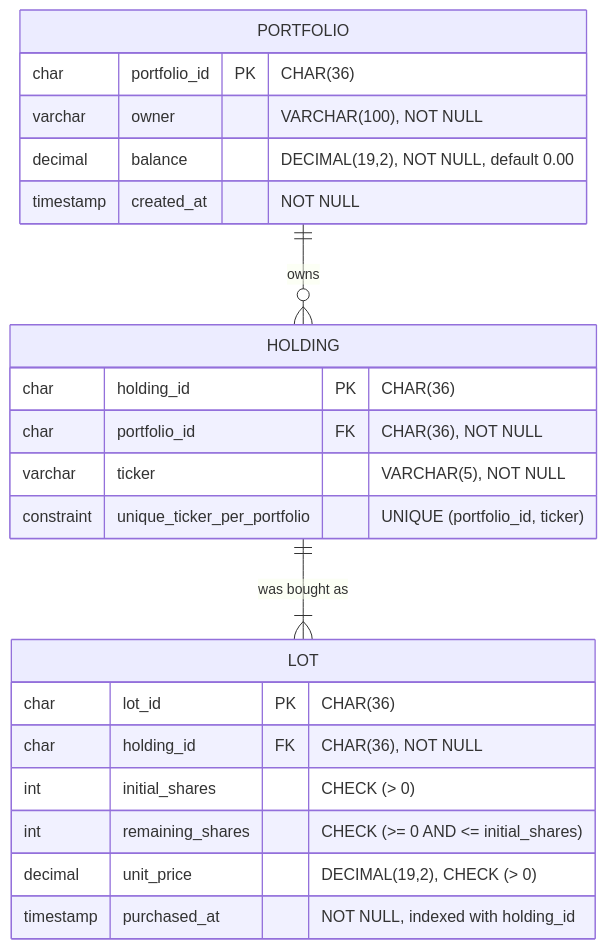
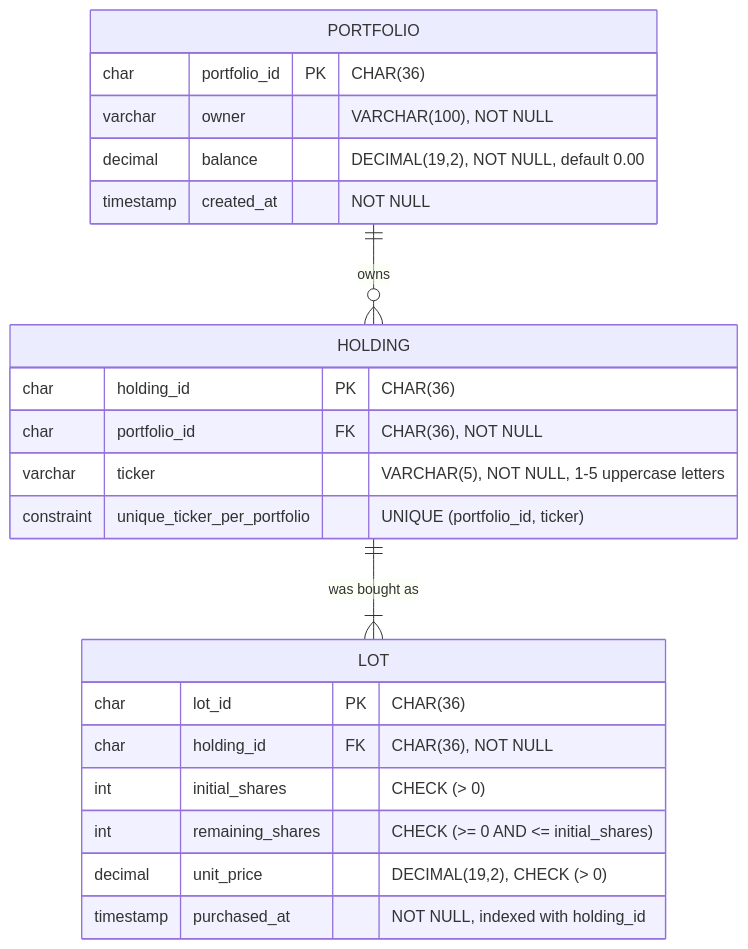
Before and after one commit to alfredorueda/HexaStock: the second of 2 diagrams in sell-stocks-domain-kata/docs/spec/domain-diagrams.md, drawn with Mermaid. The commit also changed other lines of this file and 7 other files, not shown here.

````diff
--- a/sell-stocks-domain-kata/docs/spec/domain-diagrams.md
+++ b/sell-stocks-domain-kata/docs/spec/domain-diagrams.md
@@ -136,28 +137,28 @@
 ```mermaid
 erDiagram
     PORTFOLIO ||--o{ HOLDING : "owns"
     HOLDING   ||--|{ LOT     : "was bought as"
 
     PORTFOLIO {
         char portfolio_id PK "CHAR(36)"
         varchar owner "VARCHAR(100), NOT NULL"
         decimal balance "DECIMAL(19,2), NOT NULL, default 0.00"
         timestamp created_at "NOT NULL"
     }
 
     HOLDING {
         char holding_id PK "CHAR(36)"
         char portfolio_id FK "CHAR(36), NOT NULL"
-        varchar ticker "VARCHAR(5), NOT NULL"
+        varchar ticker "VARCHAR(5), NOT NULL, 1-5 uppercase letters"
         constraint unique_ticker_per_portfolio "UNIQUE (portfolio_id, ticker)"
     }
 
     LOT {
         char lot_id PK "CHAR(36)"
         char holding_id FK "CHAR(36), NOT NULL"
         int initial_shares "CHECK (> 0)"
         int remaining_shares "CHECK (>= 0 AND <= initial_shares)"
         decimal unit_price "DECIMAL(19,2), CHECK (> 0)"
         timestamp purchased_at "NOT NULL, indexed with holding_id"
     }
 ```
````
